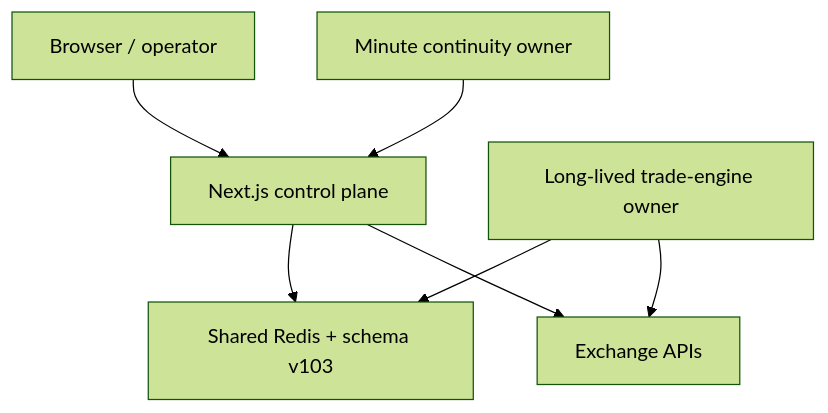
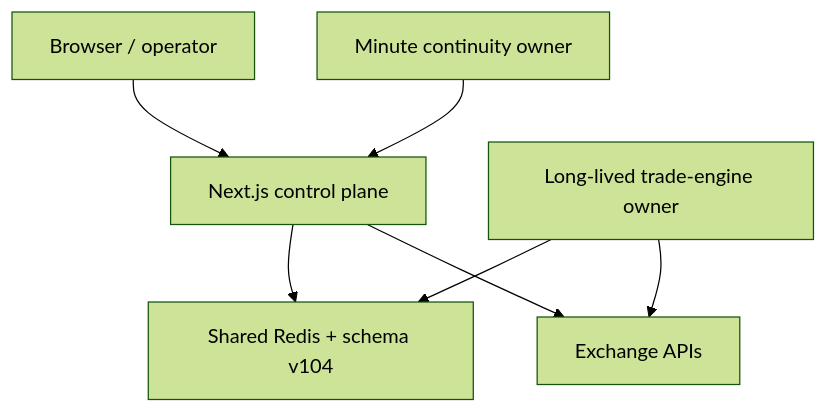
One commit to mxssnx-creator/CTS-K-N changed the diagram in docs/recreation/architecture.md. Above: the diagram before and after it, drawn with Mermaid (forest theme). The commit also changed 10 other files, not shown here.

````diff
--- a/docs/recreation/architecture.md
+++ b/docs/recreation/architecture.md
@@ -7,9 +7,9 @@
 ```mermaid
 flowchart TB
   U["Browser / operator"] --> W["Next.js control plane"]
-  W --> R["Shared Redis + schema v103"]
+  W --> R["Shared Redis + schema v104"]
   C["Minute continuity owner"] --> W
   E["Long-lived trade-engine owner"] --> R
   E --> X["Exchange APIs"]
   W --> X
 ```
````
